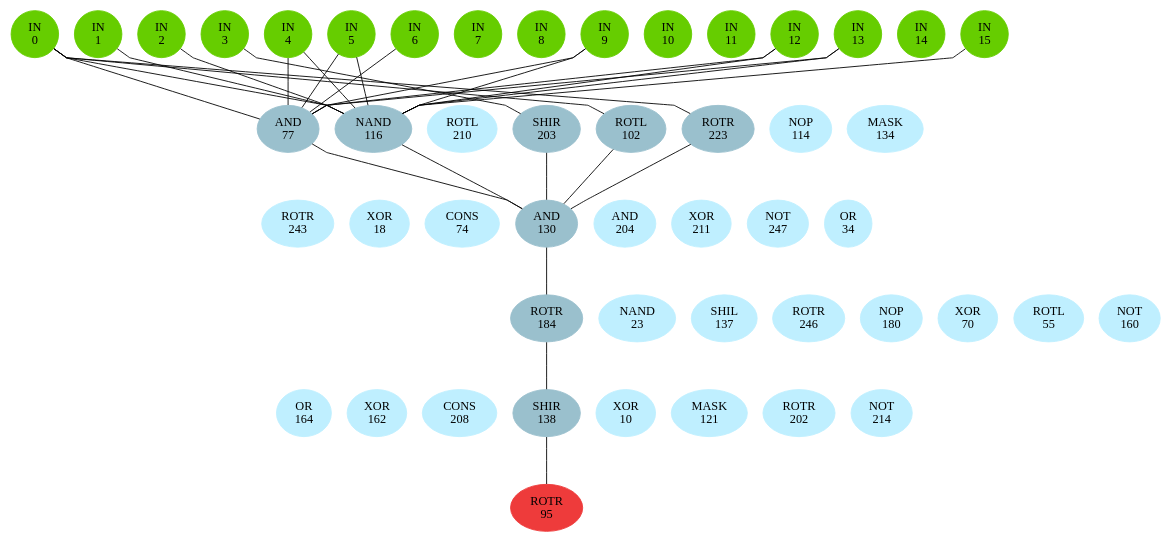
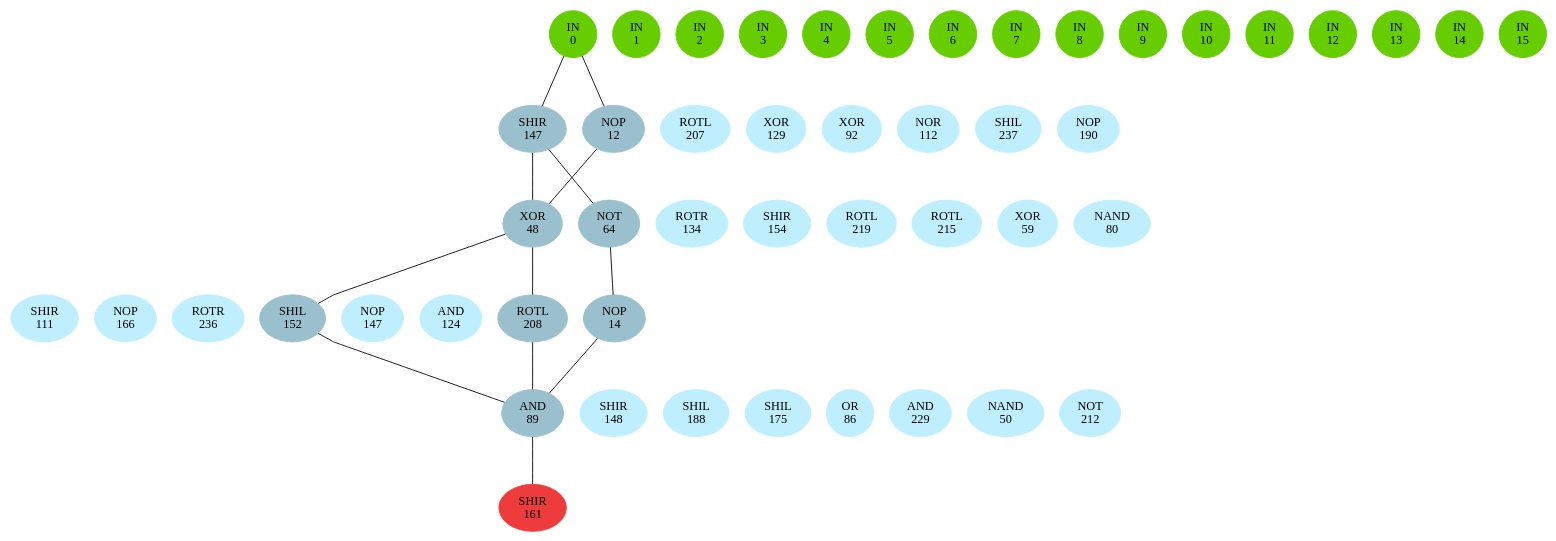
One commit to Bender250/master-thesis changed the diagram in experiments/single-sol/tea/2/pruned_circuit.dot. Above: the diagram before and after it, drawn with Graphviz. The commit also changed 727 other files, not shown here.

```diff
--- a/experiments/single-sol/tea/2/pruned_circuit.dot
+++ b/experiments/single-sol/tea/2/pruned_circuit.dot
@@ -1,153 +1,138 @@
 graph EACircuit {
 rankdir=BT;
 ranksep=0.75;
 ordering=out;
 splines=polyline;
 node [style=filled, color=lightblue2];
 
 { rank=same;
 node [color=chartreuse3];
 "-1_0"[label="IN\n0"];
 node [color=chartreuse3];
 "-1_1"[label="IN\n1"];
 node [color=chartreuse3];
 "-1_2"[label="IN\n2"];
 node [color=chartreuse3];
 "-1_3"[label="IN\n3"];
 node [color=chartreuse3];
 "-1_4"[label="IN\n4"];
 node [color=chartreuse3];
 "-1_5"[label="IN\n5"];
 node [color=chartreuse3];
 "-1_6"[label="IN\n6"];
 node [color=chartreuse3];
 "-1_7"[label="IN\n7"];
 node [color=chartreuse3];
 "-1_8"[label="IN\n8"];
 node [color=chartreuse3];
 "-1_9"[label="IN\n9"];
 node [color=chartreuse3];
 "-1_10"[label="IN\n10"];
 node [color=chartreuse3];
 "-1_11"[label="IN\n11"];
 node [color=chartreuse3];
 "-1_12"[label="IN\n12"];
 node [color=chartreuse3];
 "-1_13"[label="IN\n13"];
 node [color=chartreuse3];
 "-1_14"[label="IN\n14"];
 node [color=chartreuse3];
 "-1_15"[label="IN\n15"];
 }
 { rank=same;
 node [color=lightblue3];
-"0_0"[label="AND\n77"];
+"0_0"[label="SHIR\n147"];
 node [color=lightblue3];
-"0_1"[label="NAND\n116"];
+"0_1"[label="NOP\n12"];
 node [color=lightblue1];
-"0_2"[label="ROTL\n210"];
+"0_2"[label="ROTL\n207"];
+node [color=lightblue1];
+"0_3"[label="XOR\n129"];
+node [color=lightblue1];
+"0_4"[label="XOR\n92"];
+node [color=lightblue1];
+"0_5"[label="NOR\n112"];
+node [color=lightblue1];
+"0_6"[label="SHIL\n237"];
+node [color=lightblue1];
+"0_7"[label="NOP\n190"];
+}
+{ rank=same;
 node [color=lightblue3];
-"0_3"[label="SHIR\n203"];
+"1_0"[label="XOR\n48"];
 node [color=lightblue3];
-"0_4"[label="ROTL\n102"];
-node [color=lightblue3];
-"0_5"[label="ROTR\n223"];
+"1_1"[label="NOT\n64"];
 node [color=lightblue1];
-"0_6"[label="NOP\n114"];
+"1_2"[label="ROTR\n134"];
 node [color=lightblue1];
-"0_7"[label="MASK\n134"];
+"1_3"[label="SHIR\n154"];
+node [color=lightblue1];
+"1_4"[label="ROTL\n219"];
+node [color=lightblue1];
+"1_5"[label="ROTL\n215"];
+node [color=lightblue1];
+"1_6"[label="XOR\n59"];
+node [color=lightblue1];
+"1_7"[label="NAND\n80"];
 }
 { rank=same;
 node [color=lightblue1];
-"1_0"[label="ROTR\n243"];
+"2_0"[label="SHIR\n111"];
 node [color=lightblue1];
-"1_1"[label="XOR\n18"];
+"2_1"[label="NOP\n166"];
 node [color=lightblue1];
-"1_2"[label="CONS\n74"];
+"2_2"[label="ROTR\n236"];
 node [color=lightblue3];
-"1_3"[label="AND\n130"];
+"2_3"[label="SHIL\n152"];
 node [color=lightblue1];
-"1_4"[label="AND\n204"];
+"2_4"[label="NOP\n147"];
 node [color=lightblue1];
-"1_5"[label="XOR\n211"];
-node [color=lightblue1];
-"1_6"[label="NOT\n247"];
-node [color=lightblue1];
-"1_7"[label="OR\n34"];
+"2_5"[label="AND\n124"];
+node [color=lightblue3];
+"2_6"[label="ROTL\n208"];
+node [color=lightblue3];
+"2_7"[label="NOP\n14"];
 }
 { rank=same;
 node [color=lightblue3];
-"2_0"[label="ROTR\n184"];
+"3_0"[label="AND\n89"];
 node [color=lightblue1];
-"2_1"[label="NAND\n23"];
+"3_1"[label="SHIR\n148"];
 node [color=lightblue1];
-"2_2"[label="SHIL\n137"];
+"3_2"[label="SHIL\n188"];
 node [color=lightblue1];
-"2_3"[label="ROTR\n246"];
+"3_3"[label="SHIL\n175"];
 node [color=lightblue1];
-"2_4"[label="NOP\n180"];
+"3_4"[label="OR\n86"];
 node [color=lightblue1];
-"2_5"[label="XOR\n70"];
+"3_5"[label="AND\n229"];
 node [color=lightblue1];
-"2_6"[label="ROTL\n55"];
+"3_6"[label="NAND\n50"];
 node [color=lightblue1];
-"2_7"[label="NOT\n160"];
-}
-{ rank=same;
-node [color=lightblue1];
-"3_0"[label="OR\n164"];
-node [color=lightblue1];
-"3_1"[label="XOR\n162"];
-node [color=lightblue1];
-"3_2"[label="CONS\n208"];
-node [color=lightblue3];
-"3_3"[label="SHIR\n138"];
-node [color=lightblue1];
-"3_4"[label="XOR\n10"];
-node [color=lightblue1];
-"3_5"[label="MASK\n121"];
-node [color=lightblue1];
-"3_6"[label="ROTR\n202"];
-node [color=lightblue1];
-"3_7"[label="NOT\n214"];
+"3_7"[label="NOT\n212"];
 }
 { rank=same;
 node [color=brown2];
-"4_0"[label="ROTR\n95"];
+"4_0"[label="SHIR\n161"];
 }
 edge[style=invis];
 "-1_0" -- "-1_1" -- "-1_2" -- "-1_3" -- "-1_4" -- "-1_5" -- "-1_6" -- "-1_7" -- "-1_8" -- "-1_9" -- "-1_10" -- "-1_11" -- "-1_12" -- "-1_13" -- "-1_14" -- "-1_15";
 "0_0" -- "0_1" -- "0_2" -- "0_3" -- "0_4" -- "0_5" -- "0_6" -- "0_7";
 "1_0" -- "1_1" -- "1_2" -- "1_3" -- "1_4" -- "1_5" -- "1_6" -- "1_7";
 "2_0" -- "2_1" -- "2_2" -- "2_3" -- "2_4" -- "2_5" -- "2_6" -- "2_7";
 "3_0" -- "3_1" -- "3_2" -- "3_3" -- "3_4" -- "3_5" -- "3_6" -- "3_7";
 "4_0" -- "4_0";
 edge[style=solid];
 "0_0" -- "-1_0";
-"0_0" -- "-1_4";
-"0_0" -- "-1_5";
-"0_0" -- "-1_6";
-"0_0" -- "-1_9";
-"0_0" -- "-1_12";
-"0_0" -- "-1_13";
 "0_1" -- "-1_0";
-"0_1" -- "-1_1";
-"0_1" -- "-1_2";
-"0_1" -- "-1_4";
-"0_1" -- "-1_5";
-"0_1" -- "-1_9";
-"0_1" -- "-1_12";
-"0_1" -- "-1_13";
-"0_1" -- "-1_15";
-"0_3" -- "-1_3";
-"0_4" -- "-1_0";
-"0_5" -- "-1_0";
-"1_3" -- "0_0";
-"1_3" -- "0_1";
-"1_3" -- "0_3";
-"1_3" -- "0_4";
-"1_3" -- "0_5";
-"2_0" -- "1_3";
-"3_3" -- "2_0";
-"4_0" -- "3_3";
+"1_0" -- "0_0";
+"1_0" -- "0_1";
+"1_1" -- "0_0";
+"2_3" -- "1_0";
+"2_6" -- "1_0";
+"2_7" -- "1_1";
+"3_0" -- "2_3";
+"3_0" -- "2_6";
+"3_0" -- "2_7";
+"4_0" -- "3_0";
 }
```
